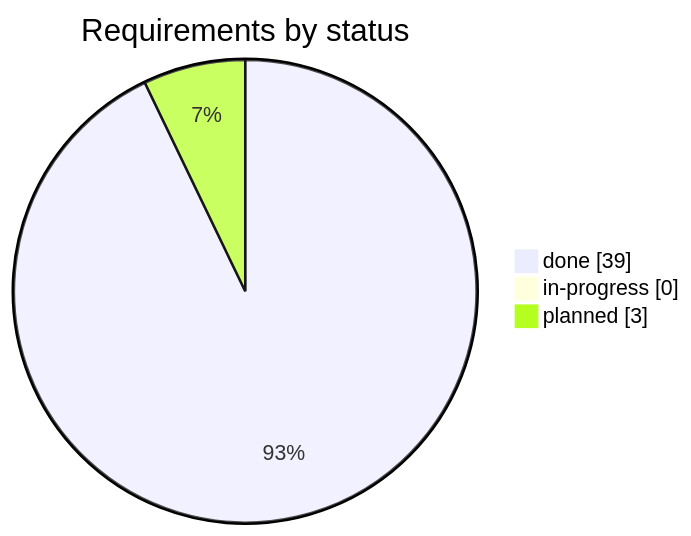
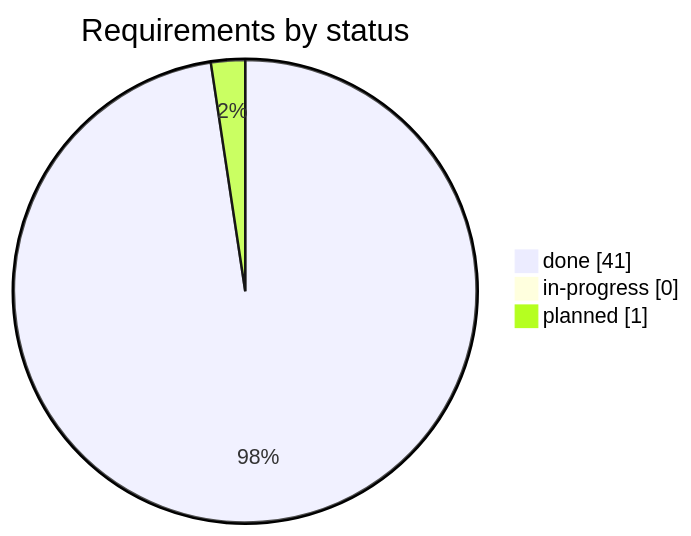
The first of 2 diagrams in docs/gap-list.md (rikire/Exchange-Student-Guide-Platform), drawn with Mermaid before and after one commit. The commit also changed other lines of this file and 4 other files, not shown here.

````diff
--- a/docs/gap-list.md
+++ b/docs/gap-list.md
@@ -13,6 +13,6 @@
 ```mermaid
 pie showData title Requirements by status
-    "done" : 39
+    "done" : 41
     "in-progress" : 0
-    "planned" : 3
+    "planned" : 1
 ```
````
